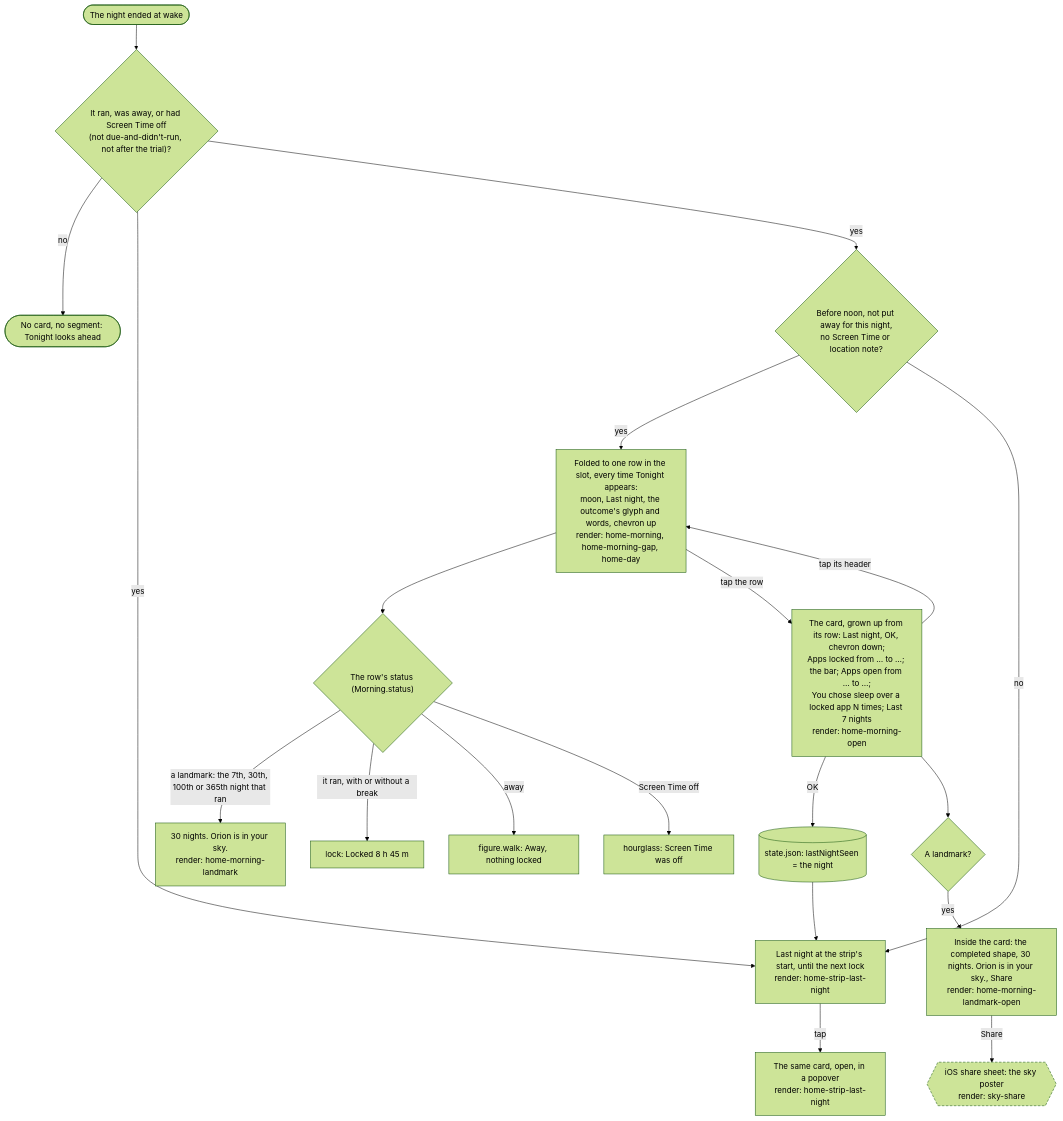
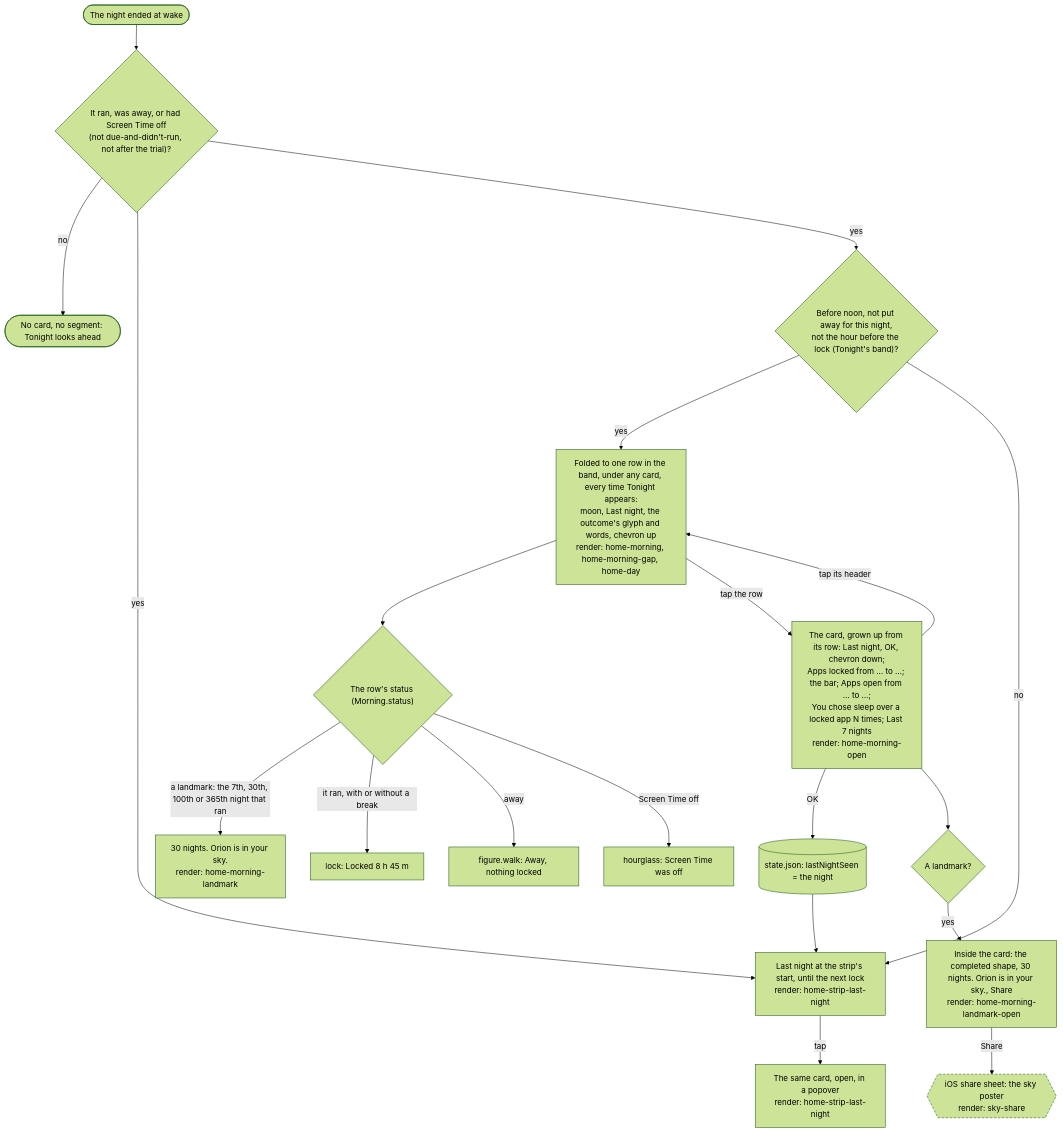
Before and after one commit to adit-rah/toll: the second of 6 diagrams in docs/flows/tonight.md, drawn with Mermaid (forest theme). The commit also changed other lines of this file and 6 other files, not shown here.

First line of the commit message:
Chart Tonight's band: the rule and who owns it through a day (D86, D91, D93)

````diff
--- a/docs/flows/tonight.md
+++ b/docs/flows/tonight.md
@@ -48,25 +48,25 @@
 ```mermaid
 flowchart TD
   ended(["The night ended at wake"]) --> facts{"It ran, was away, or had Screen Time off<br/>(not due-and-didn't-run, not after the trial)?"}
   facts -->|"no"| none(["No card, no segment: Tonight looks ahead"])
   facts -->|"yes"| strip["Last night at the strip's start, until the next lock<br/>render: home-strip-last-night"]
-  facts -->|"yes"| morningCheck{"Before noon, not put away for this night,<br/>no Screen Time or location note?"}
-  morningCheck -->|"yes"| row["Folded to one row in the slot, every time Tonight appears:<br/>moon, Last night, the outcome's glyph and words, chevron up<br/>render: home-morning, home-morning-gap, home-day"]
+  facts -->|"yes"| morningCheck{"Before noon, not put away for this night,<br/>not the hour before the lock (Tonight's band)?"}
+  morningCheck -->|"yes"| row["Folded to one row in the band, under any card, every time Tonight appears:<br/>moon, Last night, the outcome's glyph and words, chevron up<br/>render: home-morning, home-morning-gap, home-day"]
   morningCheck -->|"no"| strip
   row --> status{"The row's status (Morning.status)"}
   status -->|"a landmark: the 7th, 30th, 100th or 365th night that ran"| statusLandmark["30 nights. Orion is in your sky.<br/>render: home-morning-landmark"]
   status -->|"it ran, with or without a break"| statusRan["lock: Locked 8 h 45 m"]
   status -->|"away"| statusAway["figure.walk: Away, nothing locked"]
   status -->|"Screen Time off"| statusOff["hourglass: Screen Time was off"]
   row -->|"tap the row"| card["The card, grown up from its row: Last night, OK, chevron down;<br/>Apps locked from … to …; the bar; Apps open from … to …;<br/>You chose sleep over a locked app N times; Last 7 nights<br/>render: home-morning-open"]
   card -->|"tap its header"| row
   card -->|"OK"| seen[("state.json: lastNightSeen = the night")]
   seen --> strip
   strip -->|"tap"| popover["The same card, open, in a popover<br/>render: home-strip-last-night"]
   card --> landmark{"A landmark?"}
   landmark -->|"yes"| landmarkLine["Inside the card: the completed shape, 30 nights. Orion is in your sky., Share<br/>render: home-morning-landmark-open"]
   landmarkLine -->|"Share"| share{{"iOS share sheet: the sky poster<br/>render: sky-share"}}
 
   classDef system stroke-dasharray: 5 3
   class share system
 ```
````
